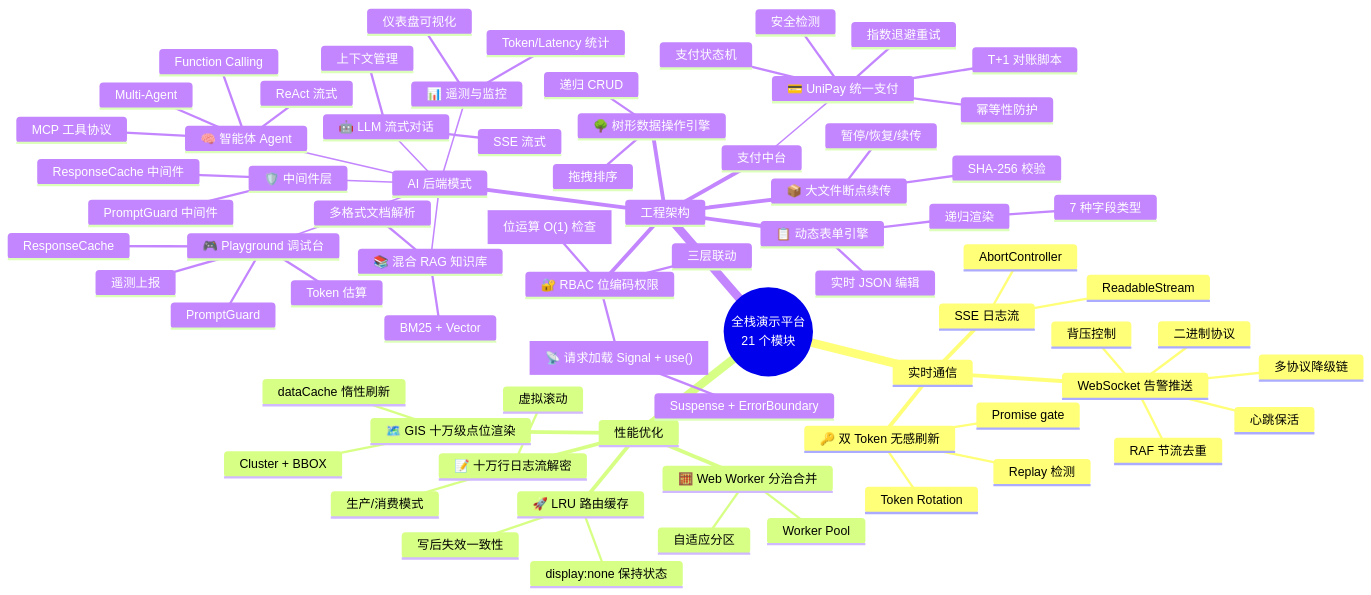
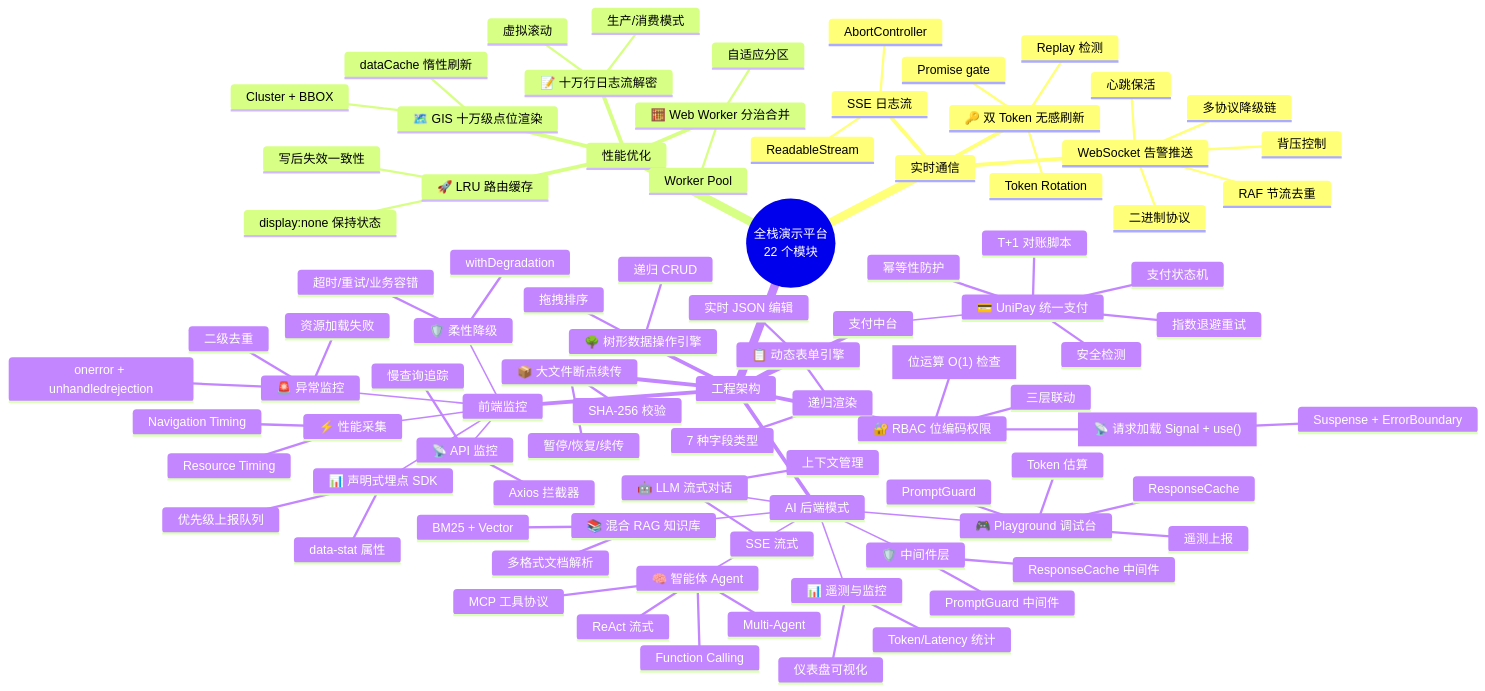
One commit to KMaybe01/interview-demo changed the third of 50 diagrams in docs/WIKI.md. Above: the diagram before and after it, drawn with Mermaid. The commit also changed other lines of this file and 12 other files, not shown here.

First line of the commit message:
feat(frontend): add monitoring system with StatSDK, ErrorMonitor, APIMonitor

````diff
--- a/docs/WIKI.md
+++ b/docs/WIKI.md
@@ -117,6 +117,6 @@
 ```mermaid
 mindmap
-  root((全栈演示平台<br/>21 个模块))
+  root((全栈演示平台<br/>22 个模块))
     ::icon(fa fa-globe)
     实时通信
       WebSocket 告警推送
@@ -185,10 +185,27 @@
          Token/Latency 统计
          仪表盘可视化
      支付中台
-       💳 UniPay 统一支付
-         支付状态机
-         幂等性防护
-         指数退避重试
-         T+1 对账脚本
-         安全检测
+        💳 UniPay 统一支付
+          支付状态机
+          幂等性防护
+          指数退避重试
+          T+1 对账脚本
+          安全检测
+     前端监控
+        📊 声明式埋点 SDK
+          data-stat 属性
+          优先级上报队列
+        🚨 异常监控
+          onerror + unhandledrejection
+          资源加载失败
+          二级去重
+        📡 API 监控
+          慢查询追踪
+          Axios 拦截器
+        ⚡ 性能采集
+          Navigation Timing
+          Resource Timing
+        🛡️ 柔性降级
+          withDegradation
+          超时/重试/业务容错
 ```
````
